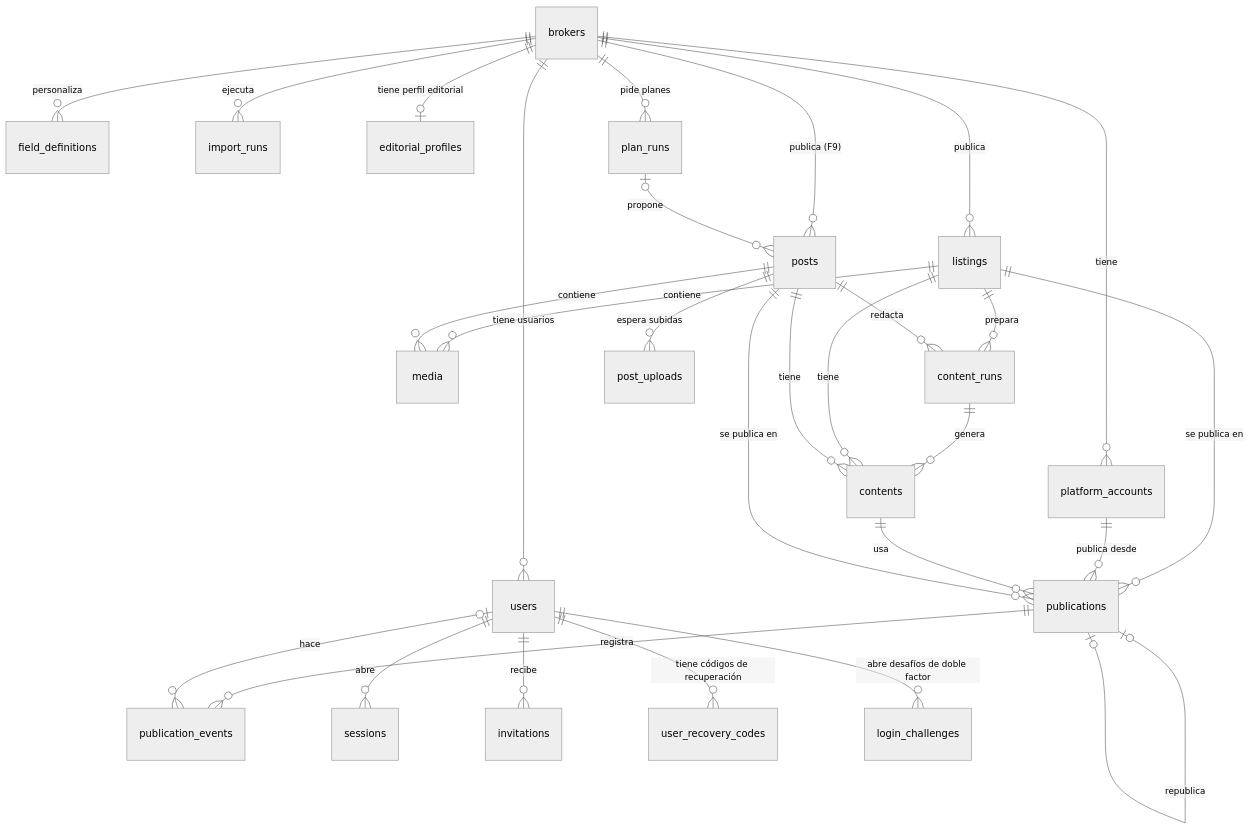
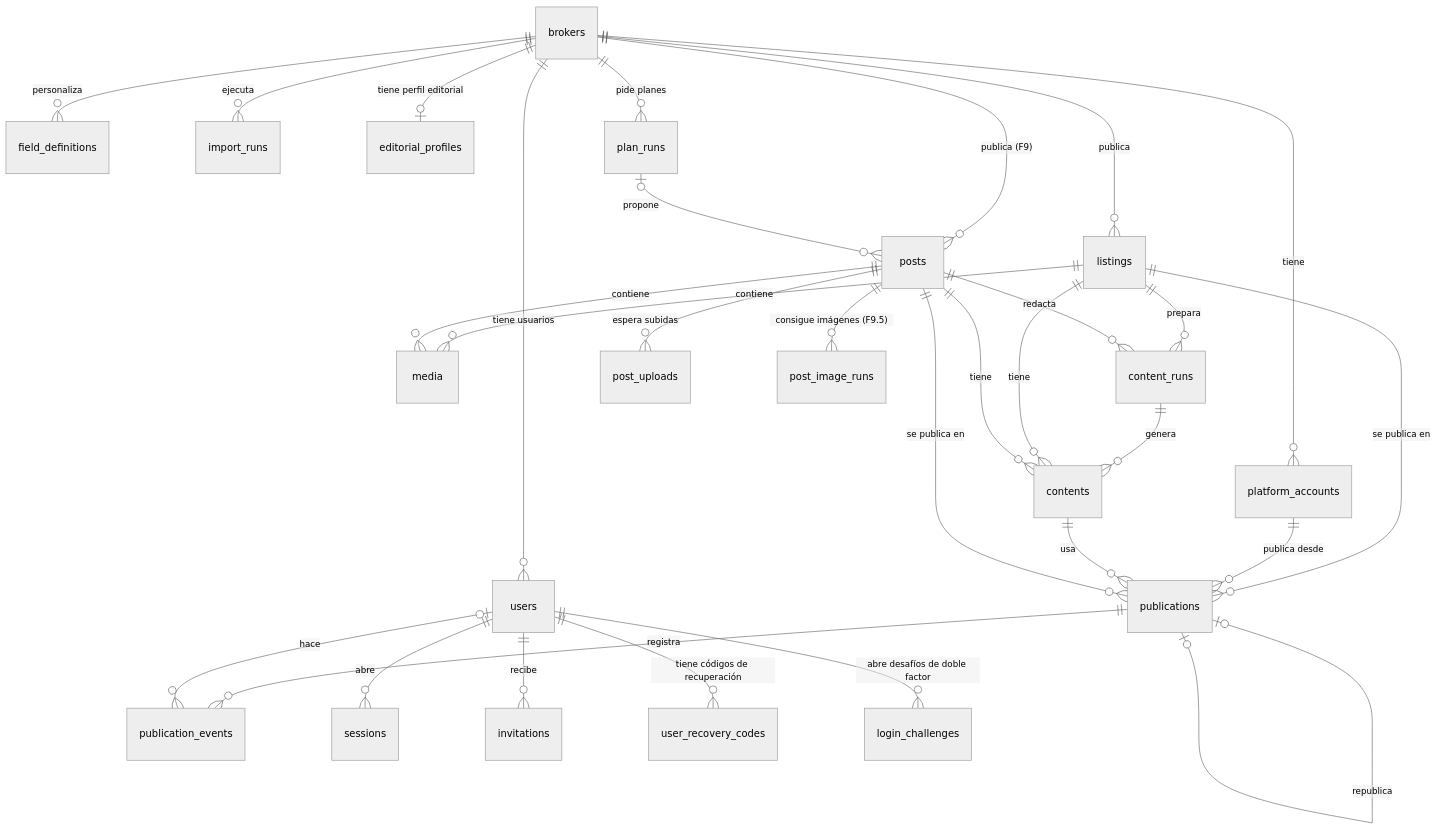
Before and after one commit to vicentewolde/AgentSales: the diagram in docs/02-modelo-datos.md, drawn with Mermaid (neutral theme). The commit also changed other lines of this file and 80 other files, not shown here.

````diff
--- a/docs/02-modelo-datos.md
+++ b/docs/02-modelo-datos.md
@@ -9,31 +9,32 @@
 ```mermaid
 erDiagram
   brokers ||--o{ platform_accounts : tiene
   brokers ||--o{ listings : publica
   brokers ||--o{ field_definitions : personaliza
   brokers ||--o{ import_runs : ejecuta
   listings ||--o{ media : contiene
   listings ||--o{ content_runs : prepara
   content_runs ||--o{ contents : genera
   listings ||--o{ contents : tiene
   listings ||--o{ publications : "se publica en"
   platform_accounts ||--o{ publications : "publica desde"
   contents ||--o{ publications : usa
   publications ||--o{ publication_events : registra
   publications |o--o| publications : republica
   brokers ||--o{ users : "tiene usuarios"
   users ||--o{ sessions : abre
   users ||--o{ invitations : recibe
   users ||--o{ user_recovery_codes : "tiene códigos de recuperación"
   users ||--o{ login_challenges : "abre desafíos de doble factor"
   users |o--o{ publication_events : hace
   brokers ||--o{ posts : "publica (F9)"
   brokers ||--o| editorial_profiles : "tiene perfil editorial"
   brokers ||--o{ plan_runs : "pide planes"
   plan_runs |o--o{ posts : propone
   posts ||--o{ media : contiene
   posts ||--o{ content_runs : redacta
   posts ||--o{ contents : tiene
   posts ||--o{ publications : "se publica en"
   posts ||--o{ post_uploads : "espera subidas"
+  posts ||--o{ post_image_runs : "consigue imágenes (F9.5)"
 ```
````
